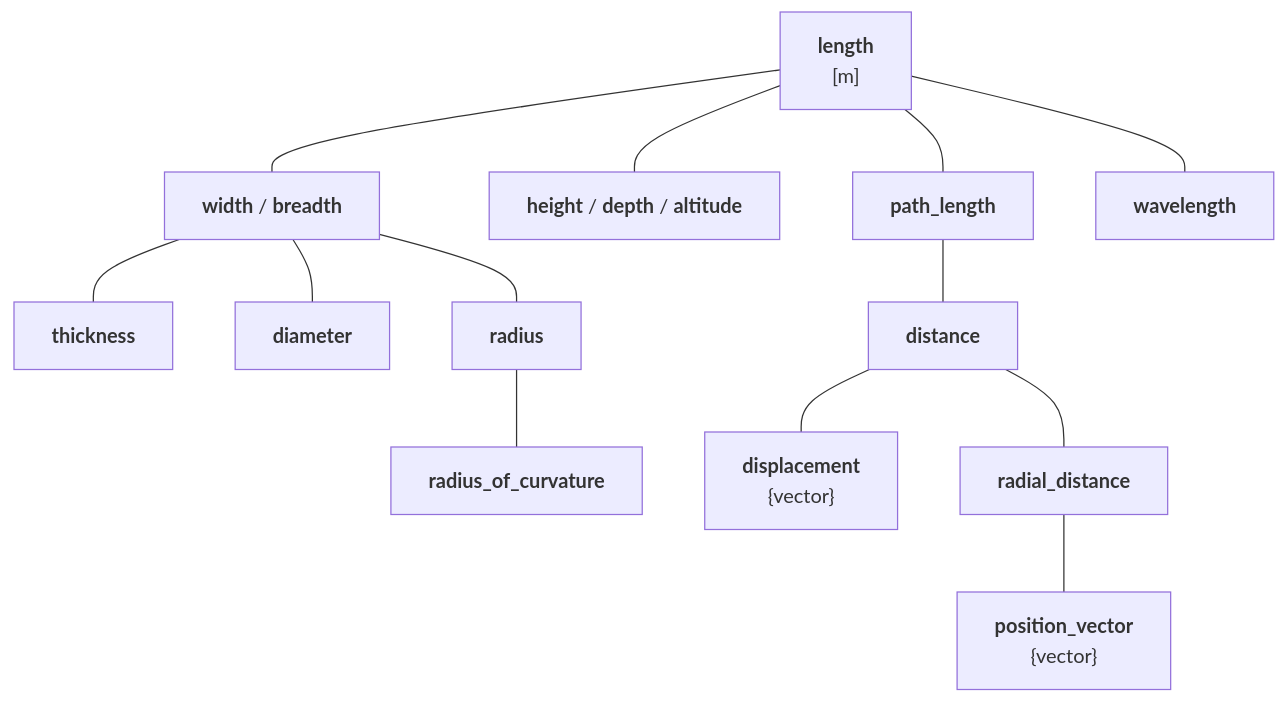
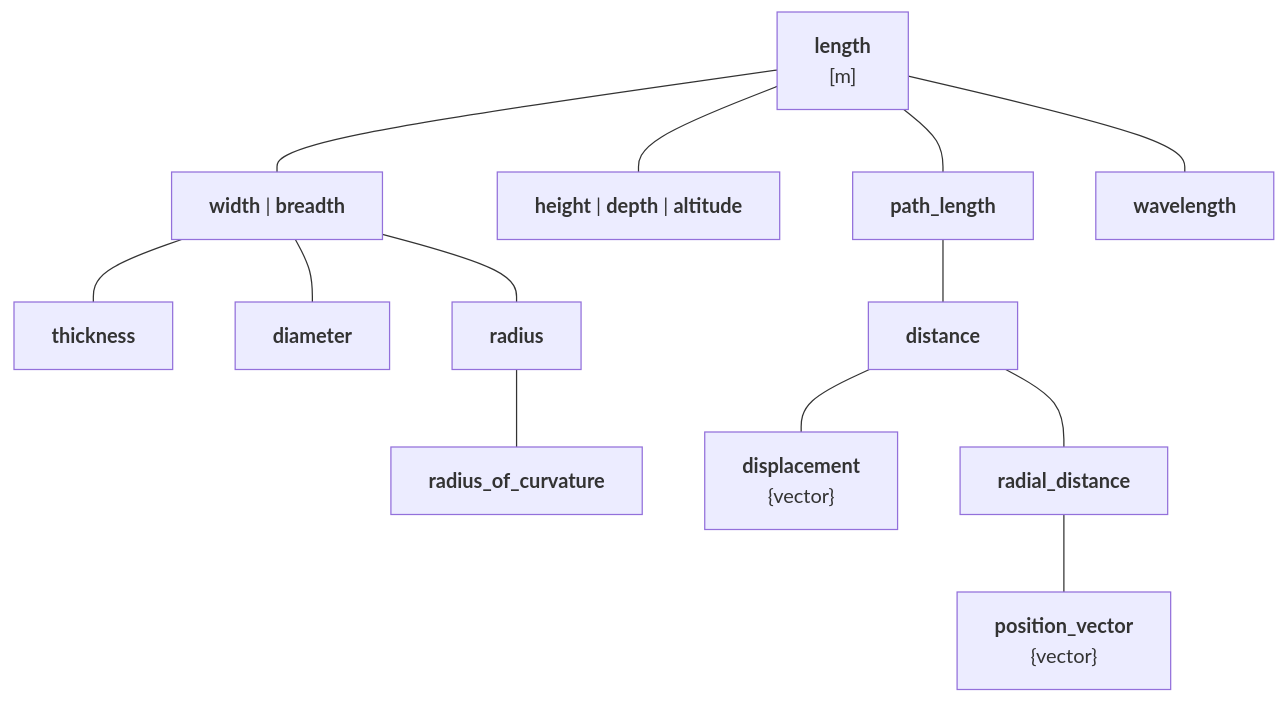
The diagram in docs/blog/posts/bringing-quantity-safety-to-the-next-level.md (mpusz/mp-units), drawn with Mermaid before and after one commit. The commit also changed 4 other files, not shown here.

````diff
--- a/docs/blog/posts/bringing-quantity-safety-to-the-next-level.md
+++ b/docs/blog/posts/bringing-quantity-safety-to-the-next-level.md
@@ -410,16 +410,16 @@
 ```mermaid
 flowchart TD
     length["<b>length</b><br>[m]"]
-    length --- width["<b>width</b> / <b>breadth</b>"]
-    length --- height["<b>height</b> / <b>depth</b> / <b>altitude</b>"]
+    length --- width["<b>width</b> | <b>breadth</b>"]
+    length --- height["<b>height</b> | <b>depth</b> | <b>altitude</b>"]
     width --- thickness["<b>thickness</b>"]
     width --- diameter["<b>diameter</b>"]
     width --- radius["<b>radius</b>"]
     radius --- radius_of_curvature["<b>radius_of_curvature</b>"]
     length --- path_length["<b>path_length</b>"]
     path_length --- distance["<b>distance</b>"]
     distance --- displacement["<b>displacement</b><br>{vector}"]
     distance --- radial_distance["<b>radial_distance</b>"]
     radial_distance --- position_vector["<b>position_vector</b><br>{vector}"]
     length --- wavelength["<b>wavelength</b>"]
 ```
````
